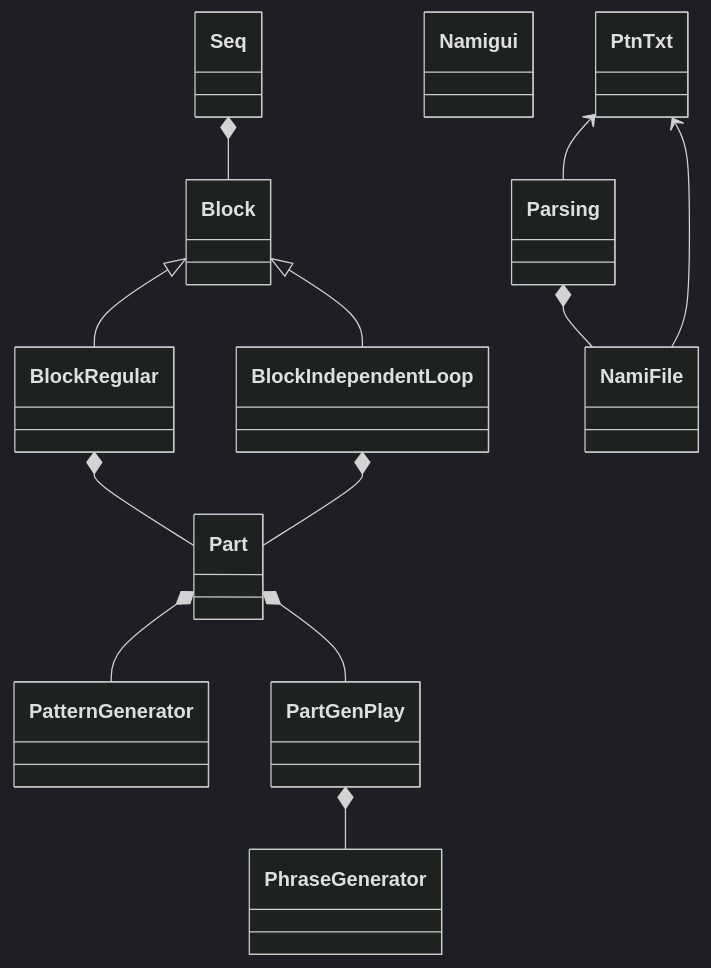
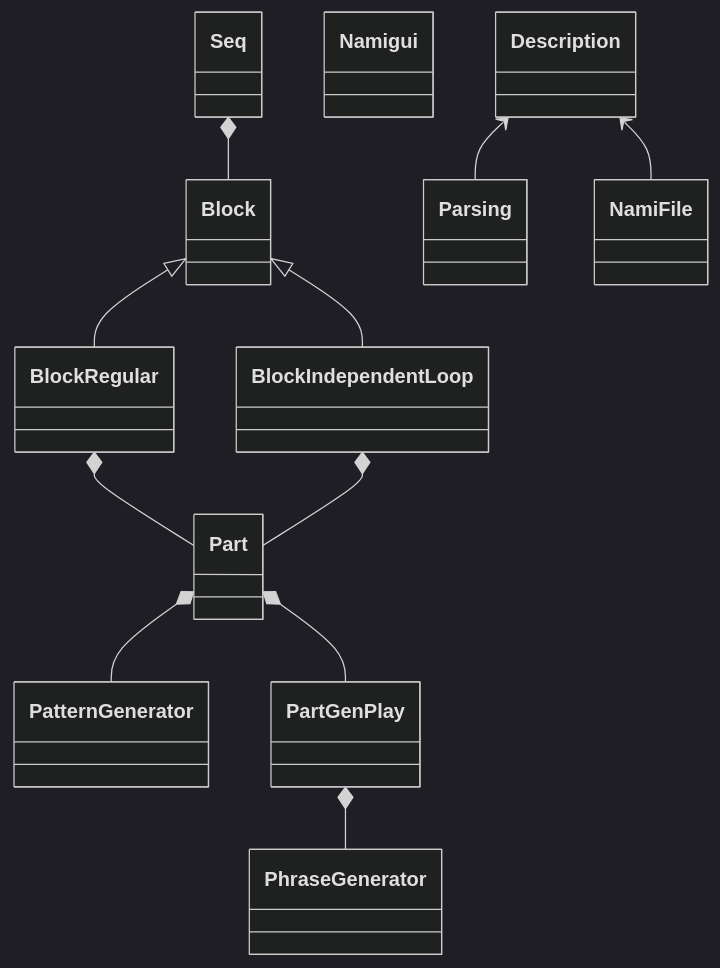
One commit to hasebems/namihey changed the diagram in namihey_class.md. Above: the diagram before and after it, drawn with Mermaid (dark theme). The commit also changed other lines of this file and 5 other files, not shown here.

````diff
--- a/namihey_class.md
+++ b/namihey_class.md
@@ -23,15 +23,14 @@
 ```mermaid
 classDiagram
 Seq *-- Block
 Block <|-- BlockRegular
 Block <|-- BlockIndependentLoop
 BlockRegular *-- Part
 BlockIndependentLoop *-- Part
 Part *-- PatternGenerator
 Part *-- PartGenPlay
 PartGenPlay *-- PhraseGenerator
 class Namigui
-Parsing *-- NamiFile
-PtnTxt <-- Parsing
-PtnTxt <-- NamiFile
+Description <-- Parsing
+Description <-- NamiFile
 ```
````
